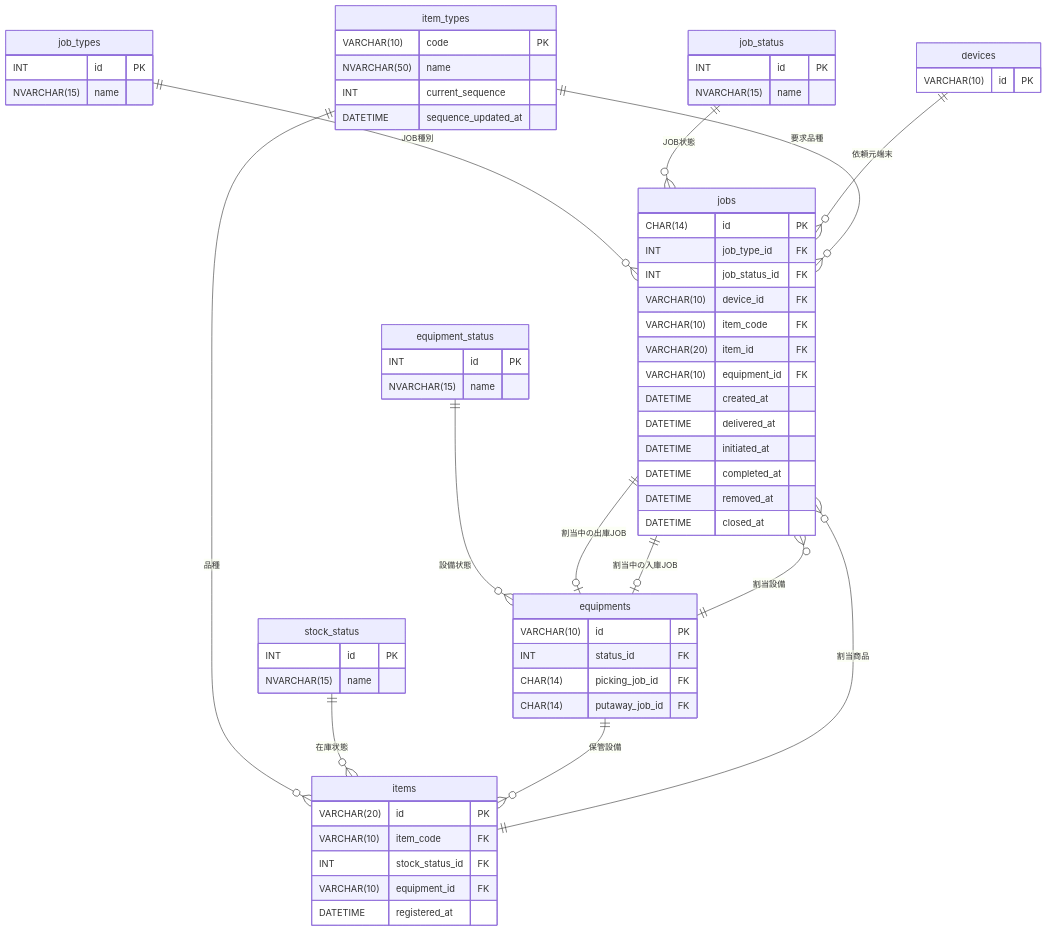
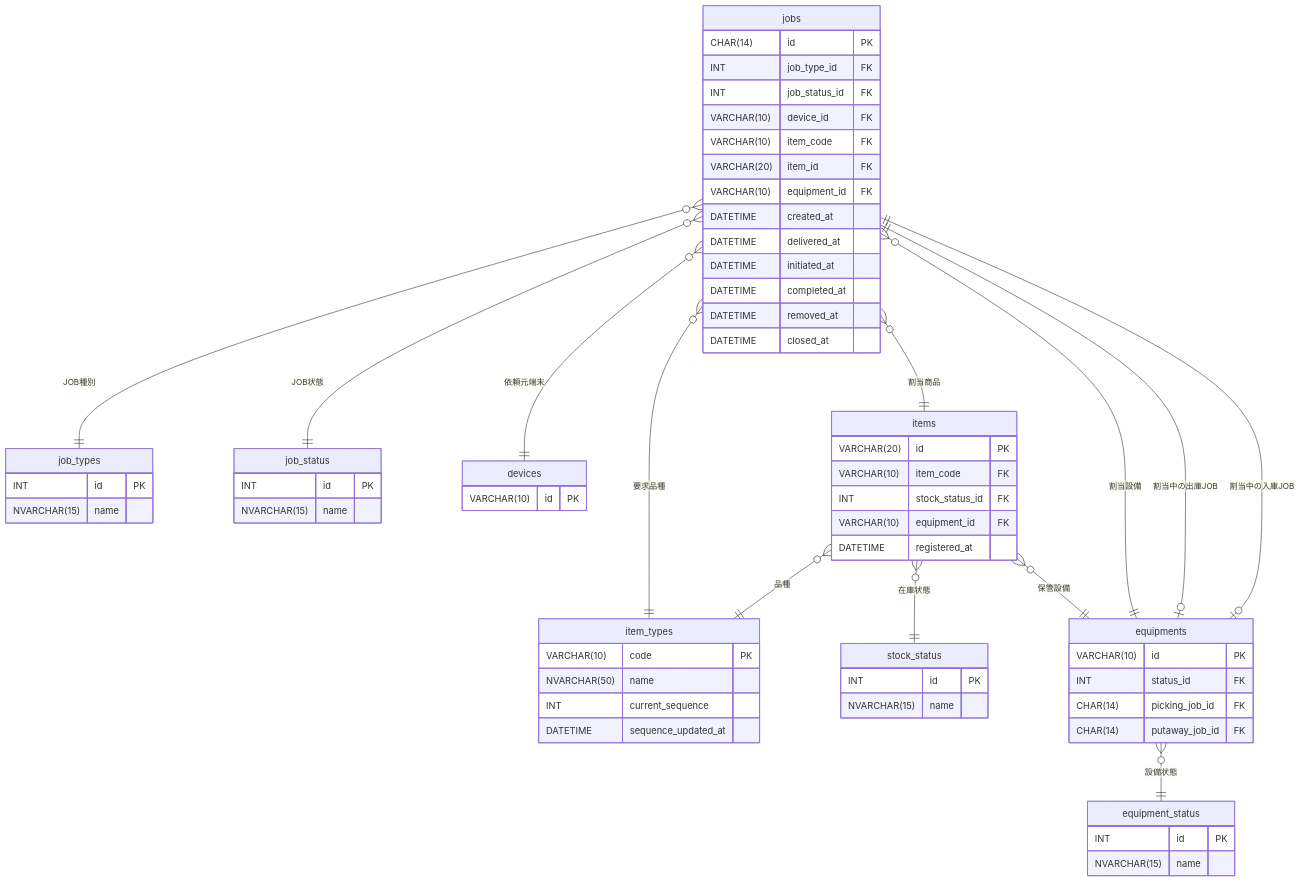
Before and after one commit to YE0250OCHI/FinalAssignment_TeamA: the diagram in docs/server/db_design.md, drawn with Mermaid.

````diff
--- a/docs/server/db_design.md
+++ b/docs/server/db_design.md
@@ -198,80 +198,79 @@
 ``` mermaid
 erDiagram
     jobs {
         CHAR(14) id PK
         INT job_type_id FK
         INT job_status_id FK
         VARCHAR(10) device_id FK
         VARCHAR(10) item_code FK
         VARCHAR(20) item_id FK
         VARCHAR(10) equipment_id FK
         DATETIME created_at
         DATETIME delivered_at
         DATETIME initiated_at
         DATETIME completed_at
         DATETIME removed_at
         DATETIME closed_at
     }
 
     items {
         VARCHAR(20) id PK
         VARCHAR(10) item_code FK
         INT stock_status_id FK
         VARCHAR(10) equipment_id FK
         DATETIME registered_at
     }
 
     equipments {
         VARCHAR(10) id PK
         INT status_id FK
         CHAR(14) picking_job_id FK
         CHAR(14) putaway_job_id FK
     }
 
     devices {
         VARCHAR(10) id PK
     }
 
     item_types {
         VARCHAR(10) code PK
         NVARCHAR(50) name
         INT current_sequence
         DATETIME sequence_updated_at
     }
 
     job_status {
         INT id PK
         NVARCHAR(15) name
     }
 
     job_types {
         INT id PK
         NVARCHAR(15) name
     }
 
     equipment_status {
         INT id PK
         NVARCHAR(15) name
     }
 
     stock_status {
         INT id PK
         NVARCHAR(15) name
     }
 
-    job_types ||--o{ jobs : "JOB種別"
-    job_status ||--o{ jobs : "JOB状態"
-    devices ||--o{ jobs : "依頼元端末"
-    item_types ||--o{ jobs : "要求品種"
-    items ||--o{ jobs : "割当商品"
-    equipments ||--o{ jobs : "割当設備"
+    jobs }o--|| job_types : "JOB種別"
+    jobs }o--|| job_status : "JOB状態"
+    jobs }o--|| devices : "依頼元端末"
+    jobs }o--|| item_types : "要求品種"
+    jobs }o--|| items : "割当商品"
+    jobs }o--|| equipments : "割当設備"
 
-    item_types ||--o{ items : "品種"
-    stock_status ||--o{ items : "在庫状態"
-    equipments ||--o{ items : "保管設備"
+    items }o--|| item_types : "品種"
+    items }o--|| stock_status : "在庫状態"
+    items }o--|| equipments : "保管設備"
 
-    equipment_status ||--o{ equipments : "設備状態"
-
-    jobs ||--o| equipments : "割当中の出庫JOB"
-    jobs ||--o| equipments : "割当中の入庫JOB"
+    equipments }o--|| equipment_status : "設備状態"
+    equipments |o--|| jobs : "割当中の出庫JOB"
+    equipments |o--|| jobs : "割当中の入庫JOB"
 ```
````
